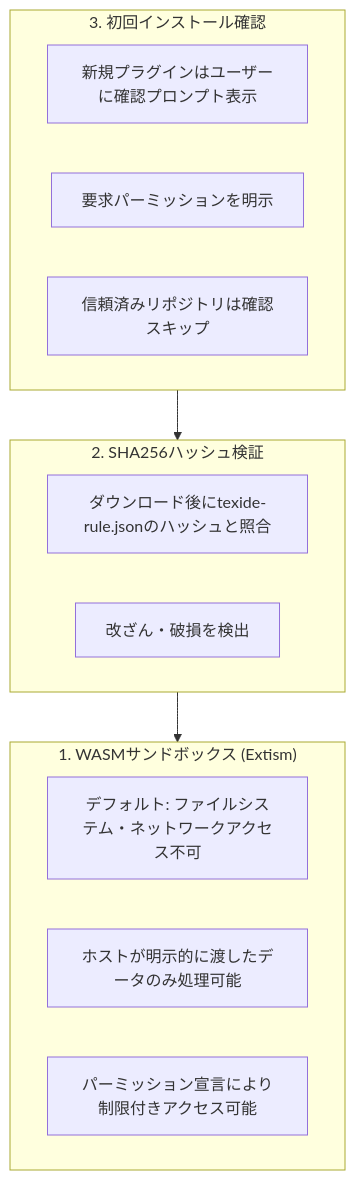
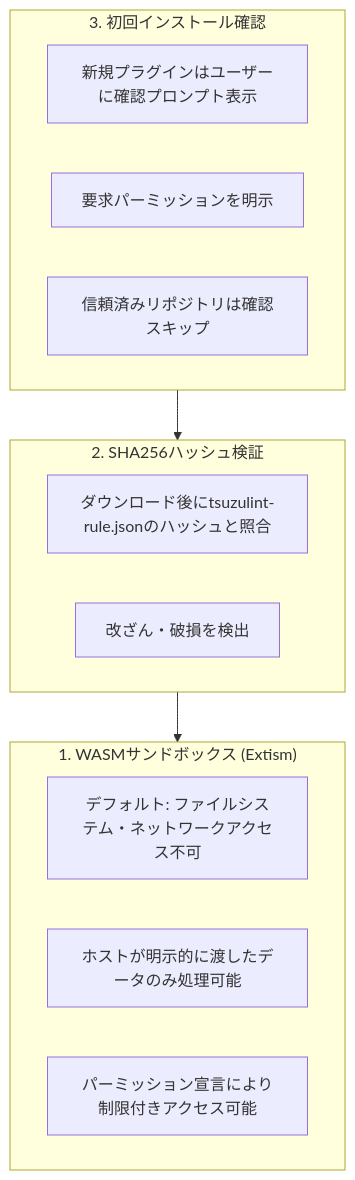
One commit to simorgh3196/tsuzulint changed the second of 4 diagrams in docs/roadmap.md. Above: the diagram before and after it, drawn with Mermaid. The commit also changed other lines of this file and 148 other files, not shown here.

````diff
--- a/docs/roadmap.md
+++ b/docs/roadmap.md
@@ -321,21 +321,21 @@
 ```mermaid
 flowchart TB
     subgraph L1["1. WASMサンドボックス (Extism)"]
         L1A["デフォルト: ファイルシステム・ネットワークアクセス不可"]
         L1B["ホストが明示的に渡したデータのみ処理可能"]
         L1C["パーミッション宣言により制限付きアクセス可能"]
     end
 
     subgraph L2["2. SHA256ハッシュ検証"]
-        L2A["ダウンロード後にtexide-rule.jsonのハッシュと照合"]
+        L2A["ダウンロード後にtsuzulint-rule.jsonのハッシュと照合"]
         L2B["改ざん・破損を検出"]
     end
 
     subgraph L3["3. 初回インストール確認"]
         L3A["新規プラグインはユーザーに確認プロンプト表示"]
         L3B["要求パーミッションを明示"]
         L3C["信頼済みリポジトリは確認スキップ"]
     end
 
     L3 --> L2 --> L1
 ```
````
